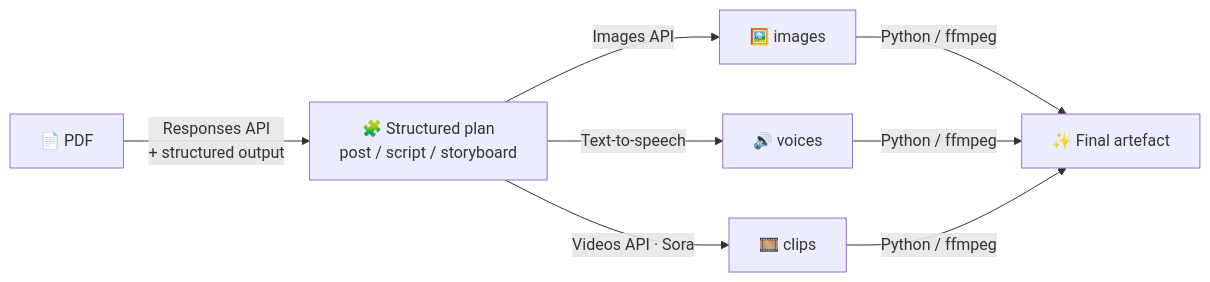
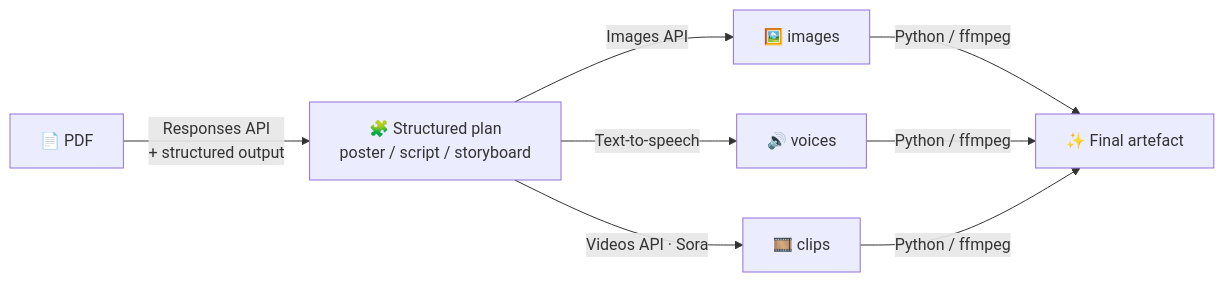
Before and after one commit to stuartgo/PERSEUS_workshop: the diagram in README.md, drawn with Mermaid. The commit also changed other lines of this file and 3 other files, not shown here.

First line of the commit message:
Replace post example with a poster example

````diff
--- a/README.md
+++ b/README.md
@@ -72,8 +72,8 @@
 ```mermaid
 flowchart LR
-    A[📄 PDF] -->|Responses API<br/>+ structured output| B[🧩 Structured plan<br/>post / script / storyboard]
+    A[📄 PDF] -->|Responses API<br/>+ structured output| B[🧩 Structured plan<br/>poster / script / storyboard]
     B -->|Images API| C[🖼️ images]
     B -->|Text-to-speech| D[🔊 voices]
     B -->|Videos API · Sora| E[🎞️ clips]
     C & D & E -->|Python / ffmpeg| F[✨ Final artefact]
 ```
````
